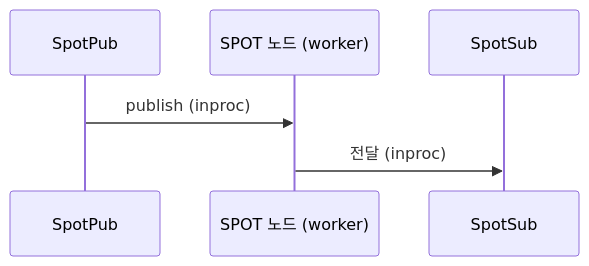
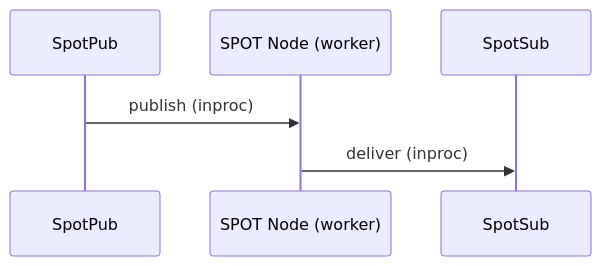
Before and after one commit to kairos-code-dev/zlink: the first of 3 diagrams in doc/guide/07-3-spot.ko.md, drawn with Mermaid. The commit also changed other lines of this file and 53 other files, not shown here.

````diff
--- a/doc/guide/07-3-spot.ko.md
+++ b/doc/guide/07-3-spot.ko.md
@@ -34,9 +34,9 @@
 ```mermaid
 sequenceDiagram
-    participant SpotPub as SpotPub
-    participant Worker as SPOT 노드 (worker)
-    participant SpotSub as SpotSub
+    participant SpotPub
+    participant Worker as SPOT Node (worker)
+    participant SpotSub
 
     SpotPub->>Worker: publish (inproc)
-    Worker->>SpotSub: 전달 (inproc)
+    Worker->>SpotSub: deliver (inproc)
 ```
````
